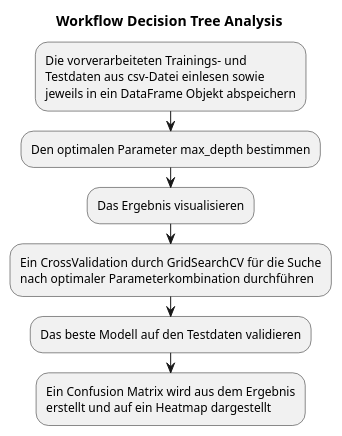
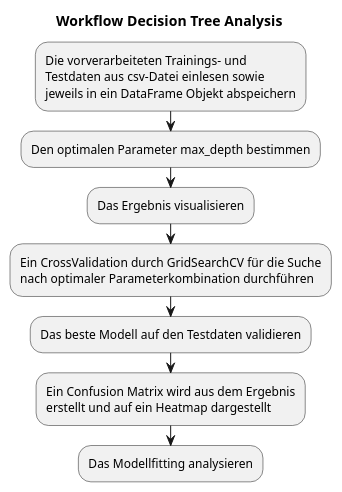
Before and after one commit to affandimansor/projektarbeit_machine_learning: the diagram in Decision_Tree/workflow/workflow.puml, drawn with PlantUML. The commit also changed 1 other file, not shown here.

```diff
--- a/Decision_Tree/workflow/workflow.puml
+++ b/Decision_Tree/workflow/workflow.puml
@@ -1,14 +1,15 @@
 @startuml
 title Workflow Decision Tree Analysis
 
 :Die vorverarbeiteten Trainings- und 
 Testdaten aus csv-Datei einlesen sowie
 jeweils in ein DataFrame Objekt abspeichern;
 :Den optimalen Parameter max_depth bestimmen;
 :Das Ergebnis visualisieren;
 :Ein CrossValidation durch GridSearchCV für die Suche
 nach optimaler Parameterkombination durchführen;
 :Das beste Modell auf den Testdaten validieren;
 :Ein Confusion Matrix wird aus dem Ergebnis
 erstellt und auf ein Heatmap dargestellt;
+:Das Modellfitting analysieren;
 @enduml
```
